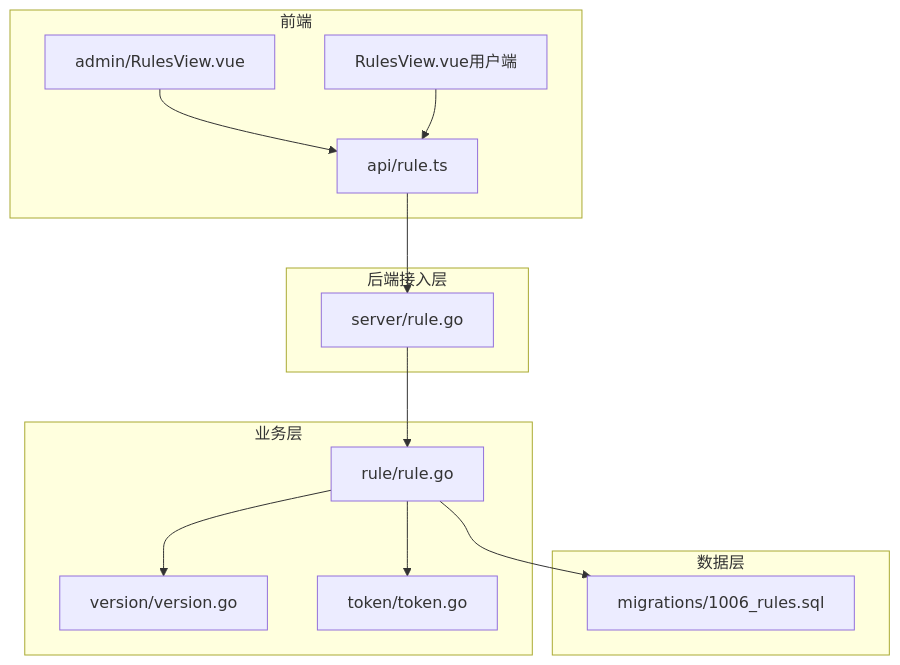
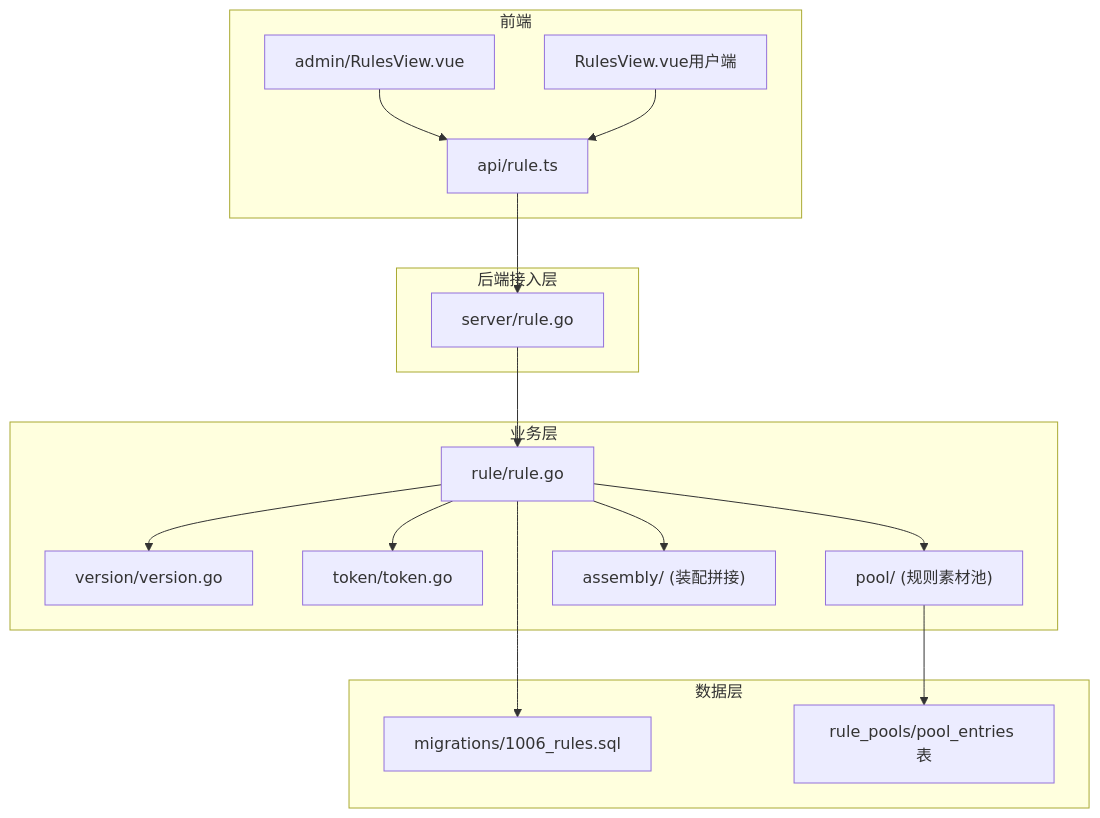
Before and after one commit to AlcaProphet/VPN-Subscription-Management: the first of 4 diagrams in .qoder/repowiki/zh/content/核心功能模块/规则引擎.md, drawn with Mermaid. The commit also changed other lines of this file and 109 other files, not shown here.

````diff
--- a/.qoder/repowiki/zh/content/核心功能模块/规则引擎.md
+++ b/.qoder/repowiki/zh/content/核心功能模块/规则引擎.md
@@ -46,26 +49,32 @@
 ```mermaid
 graph TB
 subgraph "前端"
 A["admin/RulesView.vue"]
 B["RulesView.vue用户端"]
 C["api/rule.ts"]
 end
 subgraph "后端接入层"
 D["server/rule.go"]
 end
 subgraph "业务层"
 E["rule/rule.go"]
 F["version/version.go"]
 G["token/token.go"]
+H["pool/ (规则素材池)"]
+I["assembly/ (装配拼接)"]
 end
 subgraph "数据层"
-H["migrations/1006_rules.sql"]
+J["migrations/1006_rules.sql"]
+K["rule_pools/pool_entries 表"]
 end
 A --> C
 B --> C
 C --> D
 D --> E
 E --> F
 E --> G
 E --> H
+E --> I
+E --> J
+H --> K
 ```
````
